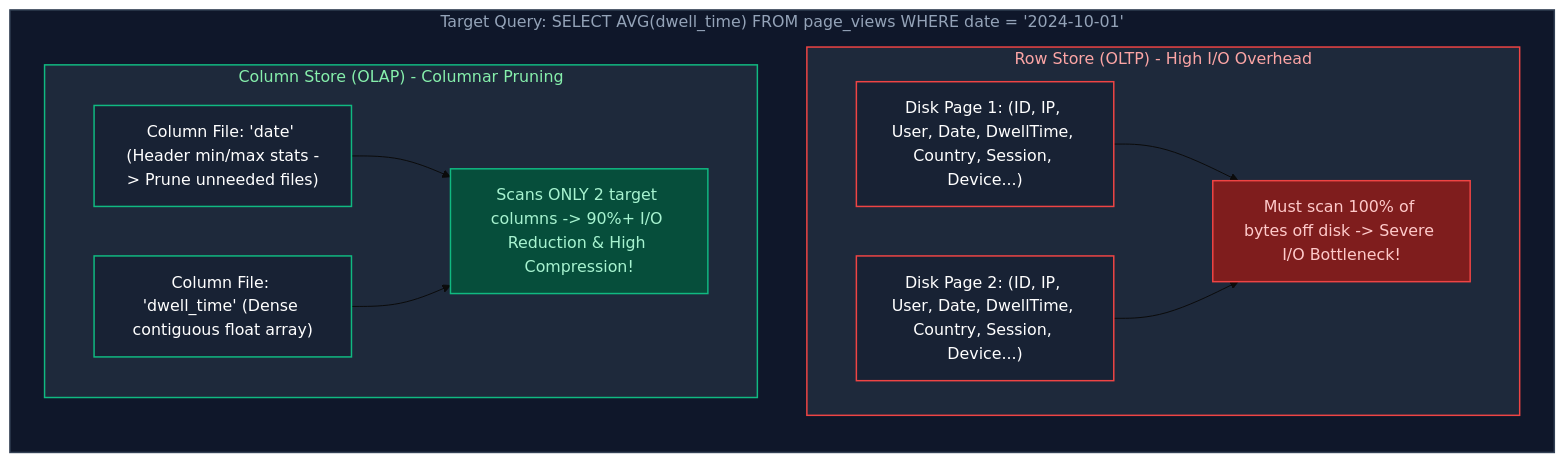
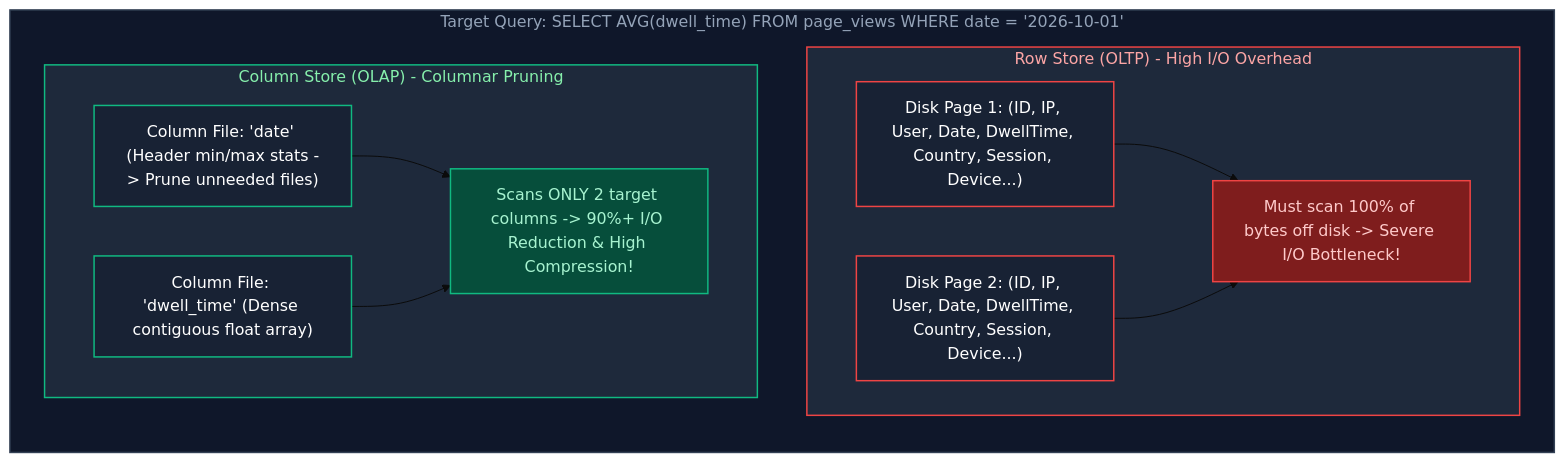
The second of 23 diagrams in Data Engineering/04_database_internals_and_performance.md (joydeep-biswas/Interview-Preparation), drawn with Mermaid (base theme) before and after one commit. The commit also changed other lines of this file and 143 other files, not shown here.

````diff
--- a/Data Engineering/04_database_internals_and_performance.md
+++ b/Data Engineering/04_database_internals_and_performance.md
@@ -206,28 +137,27 @@
 ```mermaid
-flowchart TD
-    subgraph QueryTarget ["Target Query: SELECT AVG(dwell_time) FROM page_views WHERE date = '2024-10-01'"]
-        direction TB
+flowchart LR
+    subgraph QueryTarget ["Target Query: SELECT AVG(dwell_time) FROM page_views WHERE date = '2026-10-01'"]
+        direction TD
         subgraph RowStorePath ["Row Store (OLTP) - High I/O Overhead"]
             RS1["Disk Page 1: (ID, IP, User, Date, DwellTime, Country, Session, Device...)"]
             RS2["Disk Page 2: (ID, IP, User, Date, DwellTime, Country, Session, Device...)"]
             RS1 & RS2 --> RSIO["Must scan 100% of bytes off disk -> Severe I/O Bottleneck!"]
         end
 
         subgraph ColStorePath ["Column Store (OLAP) - Columnar Pruning"]
             CS1["Column File: 'date' (Header min/max stats -> Prune unneeded files)"]
             CS2["Column File: 'dwell_time' (Dense contiguous float array)"]
             CS1 & CS2 --> CSIO["Scans ONLY 2 target columns -> 90%+ I/O Reduction & High Compression!"]
         end
     end
 
     style QueryTarget fill:#0f172a,stroke:#334155,stroke-width:1.5px,color:#94a3b8
     style RowStorePath fill:#1e293b,stroke:#ef4444,stroke-width:1.5px,color:#fca5a5
     style ColStorePath fill:#1e293b,stroke:#10b981,stroke-width:1.5px,color:#86efac
-
     style RS1 fill:#182234,stroke:#ef4444,stroke-width:1.5px,color:#fff
     style RS2 fill:#182234,stroke:#ef4444,stroke-width:1.5px,color:#fff
     style RSIO fill:#7f1d1d,stroke:#ef4444,stroke-width:1.5px,color:#fecaca
     style CS1 fill:#182234,stroke:#10b981,stroke-width:1.5px,color:#fff
     style CS2 fill:#182234,stroke:#10b981,stroke-width:1.5px,color:#fff
     style CSIO fill:#064e3b,stroke:#10b981,stroke-width:1.5px,color:#a7f3d0
 ```
````
